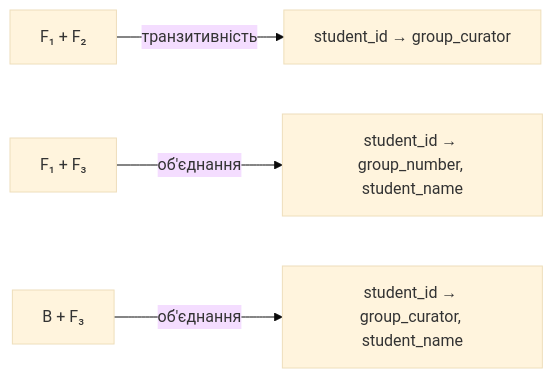
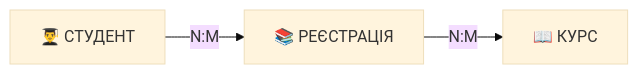
One commit to olroi421/course-bd changed the third of 10 diagrams in presentations/presentation-06.md. Above: the diagram before and after it, drawn with Mermaid (base theme). The commit also changed other lines of this file and 12 other files, not shown here.

````diff
--- a/presentations/presentation-06.md
+++ b/presentations/presentation-06.md
@@ -172,6 +99,5 @@
 ```mermaid
 graph LR
-    A[F₁ + F₂] -->|транзитивність| B[student_id → group_curator]
-    C[F₁ + F₃] -->|об'єднання| D[student_id → group_number, student_name]
-    E[B + F₃] -->|об'єднання| F[student_id → group_curator, student_name]
+    A[👨‍🎓 СТУДЕНТ] -->|N:M| B[📚 РЕЄСТРАЦІЯ]
+    B -->|N:M| C[📖 КУРС]
 ```
````
